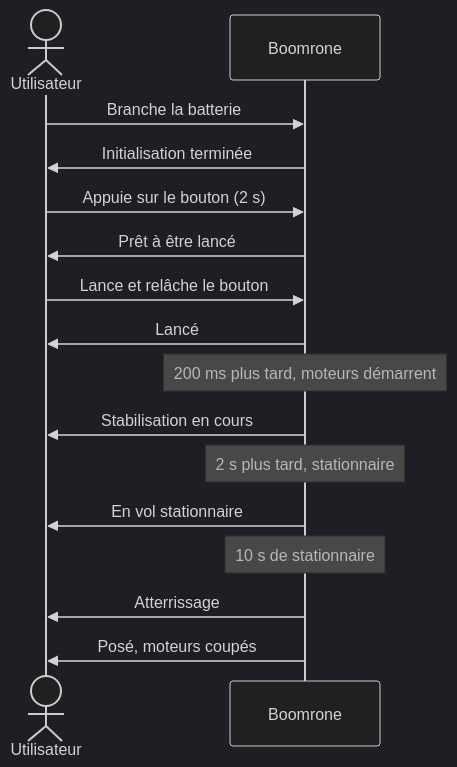
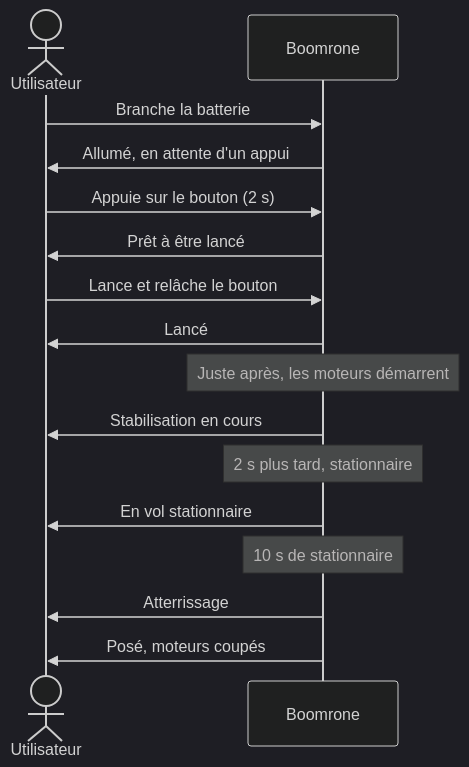
One commit to thourymatthieu-png/coworker_archi_system changed the first of 13 diagrams in projets/boomrone/00-scenarios.md. Above: the diagram before and after it, drawn with Mermaid (dark theme). The commit also changed other lines of this file and 4 other files, not shown here.

Commit message:
Boomrone : scénarios SCN-001 à SCN-011 avec diagrammes, décisions DEC-016 à DEC-030, doutes bloquants levés

````diff
--- a/projets/boomrone/00-scenarios.md
+++ b/projets/boomrone/00-scenarios.md
@@ -8,18 +8,18 @@
 ```mermaid
 sequenceDiagram
     actor U as Utilisateur
     participant D as Boomrone
     U->>D: Branche la batterie
-    D->>U: Initialisation terminée
+    D->>U: Allumé, en attente d'un appui
     U->>D: Appuie sur le bouton (2 s)
     D->>U: Prêt à être lancé
     U->>D: Lance et relâche le bouton
     D->>U: Lancé
-    Note over D: 200 ms plus tard, moteurs démarrent
+    Note over D: Juste après, les moteurs démarrent
     D->>U: Stabilisation en cours
     Note over D: 2 s plus tard, stationnaire
     D->>U: En vol stationnaire
     Note over D: 10 s de stationnaire
     D->>U: Atterrissage
     D->>U: Posé, moteurs coupés
 ```
````
